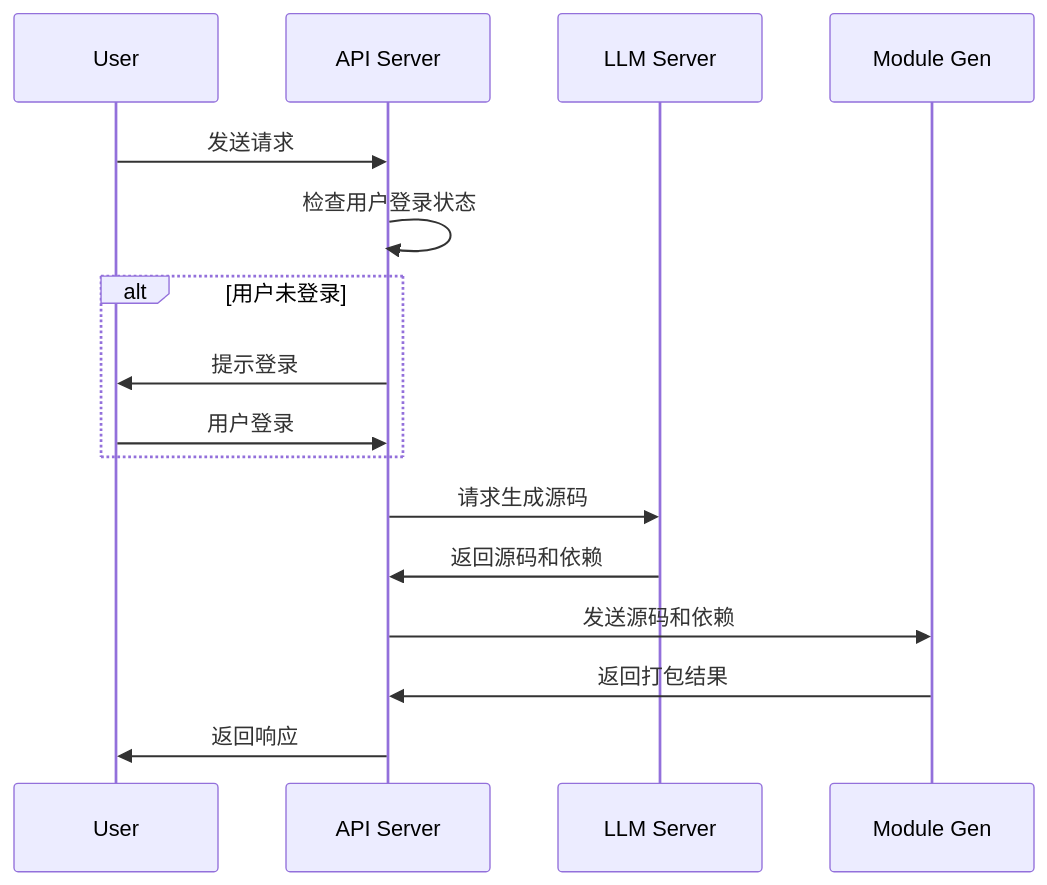
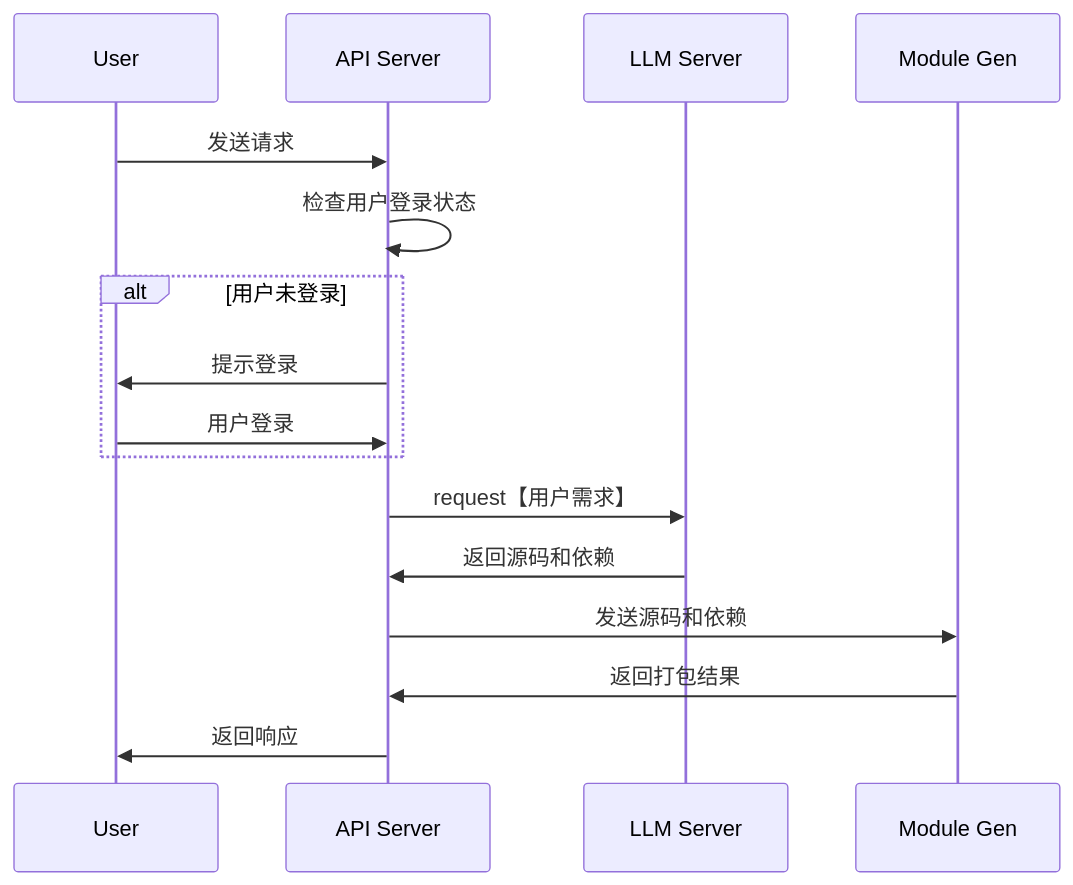
One commit to yingjianzh/iodraw-files changed the diagram in all/未命名-7.md. Above: the diagram before and after it, drawn with Mermaid.

Commit message:
2024-10-08 15:35:49 update

````diff
--- a/all/未命名-7.md
+++ b/all/未命名-7.md
@@ -1,23 +1,23 @@
 ```mermaid
 sequenceDiagram
     participant User
     participant API Server
     participant LLM Server
     participant Module Gen
 
     User->>API Server: 发送请求
     API Server->>API Server: 检查用户登录状态
     alt 用户未登录
         API Server->>User: 提示登录
         User->>API Server: 用户登录
     end
 
-    API Server->>LLM Server: 请求生成源码
+    API Server->>LLM Server: request【用户需求】
     LLM Server->>API Server: 返回源码和依赖
 
     API Server->>Module Gen: 发送源码和依赖
     Module Gen->>API Server: 返回打包结果
 
     API Server->>User: 返回响应
 
 ```
````
